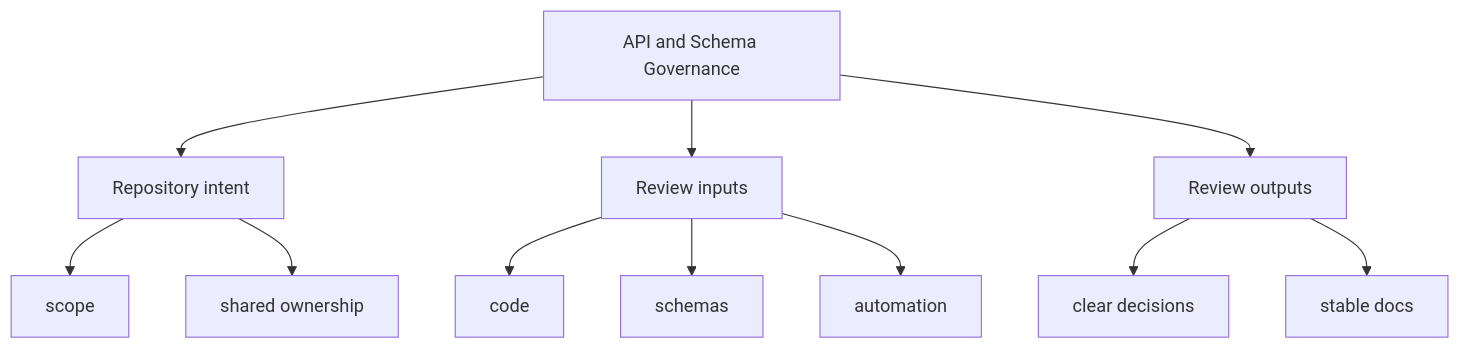
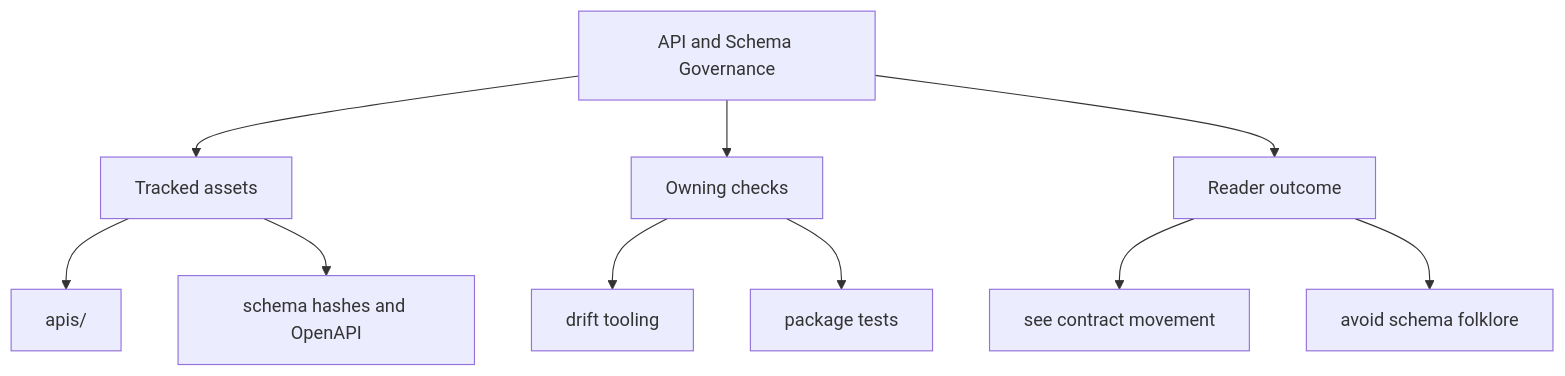
One commit to bijux/bijux-canon changed the second of 2 diagrams in docs/bijux-canon/api-and-schema-governance.md. Above: the diagram before and after it, drawn with Mermaid. The commit also changed other lines of this file and 11 other files, not shown here.

Commit message:
docs(diagrams): clarify root handbook maps

````diff
--- a/docs/bijux-canon/api-and-schema-governance.md
+++ b/docs/bijux-canon/api-and-schema-governance.md
@@ -36,24 +36,22 @@
 ```mermaid
 flowchart TD
     page["API and Schema Governance"]
-    focus1["Repository intent"]
+    focus1["Tracked assets"]
     page --> focus1
-    focus1_1["scope"]
+    focus1_1["apis/"]
     focus1 --> focus1_1
-    focus1_2["shared ownership"]
+    focus1_2["schema hashes and OpenAPI"]
     focus1 --> focus1_2
-    focus2["Review inputs"]
+    focus2["Owning checks"]
     page --> focus2
-    focus2_1["code"]
+    focus2_1["drift tooling"]
     focus2 --> focus2_1
-    focus2_2["schemas"]
+    focus2_2["package tests"]
     focus2 --> focus2_2
-    focus2_3["automation"]
-    focus2 --> focus2_3
-    focus3["Review outputs"]
+    focus3["Reader outcome"]
     page --> focus3
-    focus3_1["clear decisions"]
+    focus3_1["see contract movement"]
     focus3 --> focus3_1
-    focus3_2["stable docs"]
+    focus3_2["avoid schema folklore"]
     focus3 --> focus3_2
 ```
````
